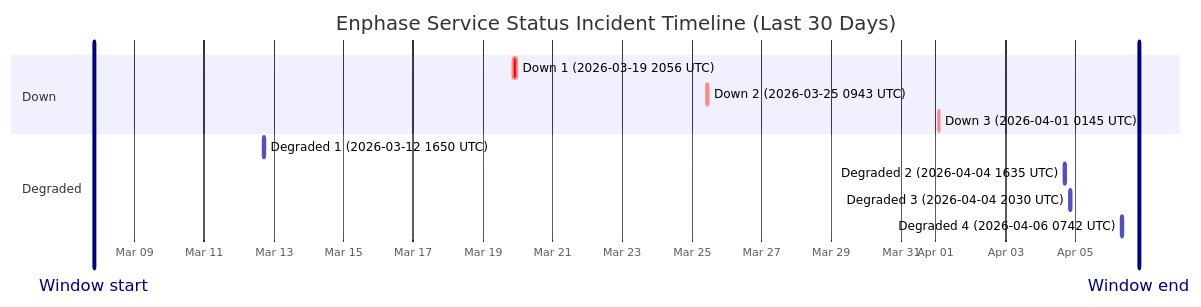
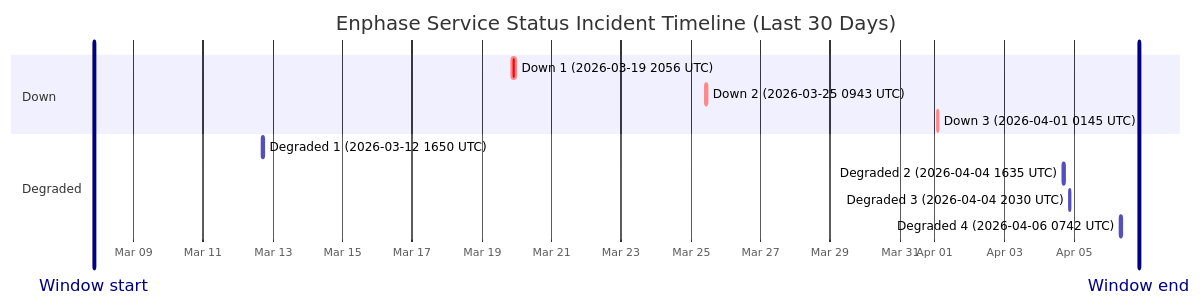
One commit to barneyonline/ha-enphase-ev-charger changed the diagram in wiki/Service-Status-History.md. Above: the diagram before and after it, drawn with Mermaid. The commit also changed other lines of this file and 3 other files, not shown here.

````diff
--- a/wiki/Service-Status-History.md
+++ b/wiki/Service-Status-History.md
@@ -14,17 +14,17 @@
 ```mermaid
 gantt
     title Enphase Service Status Incident Timeline (Last 30 Days)
     dateFormat  YYYY-MM-DDTHH:mm:ss
     axisFormat  %b %d
-    Window start :vert, window-start, 2026-03-07T19:55:01, 0ms
-    Window end :vert, window-end, 2026-04-06T19:55:01, 0ms
+    Window start :vert, window-start, 2026-03-07T20:36:56, 0ms
+    Window end :vert, window-end, 2026-04-06T20:36:56, 0ms
     section Down
     Down 1 (2026-03-19 2056 UTC) :crit, down-1, 2026-03-19T20:56:20, 145m
     Down 2 (2026-03-25 0943 UTC) :crit, down-2, 2026-03-25T09:43:28, 111m
     Down 3 (2026-04-01 0145 UTC) :crit, down-3, 2026-04-01T01:45:09, 60m
     section Degraded
     Degraded 1 (2026-03-12 1650 UTC) :active, degraded-1, 2026-03-12T16:50:43, 60m
     Degraded 2 (2026-04-04 1635 UTC) :active, degraded-2, 2026-04-04T16:35:17, 60m
     Degraded 3 (2026-04-04 2030 UTC) :active, degraded-3, 2026-04-04T20:30:40, 60m
     Degraded 4 (2026-04-06 0742 UTC) :active, degraded-4, 2026-04-06T07:42:09, 85m
 ```
````
